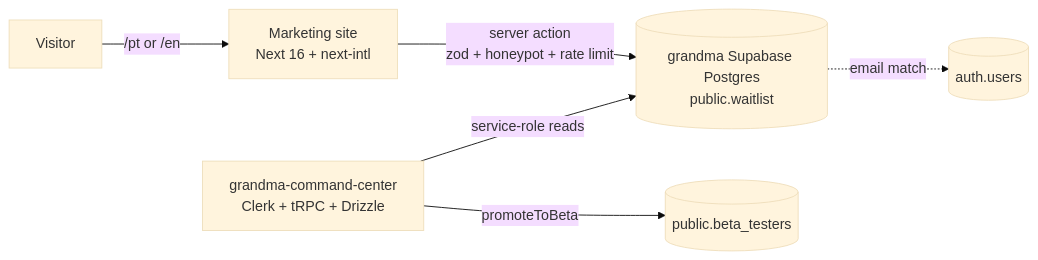
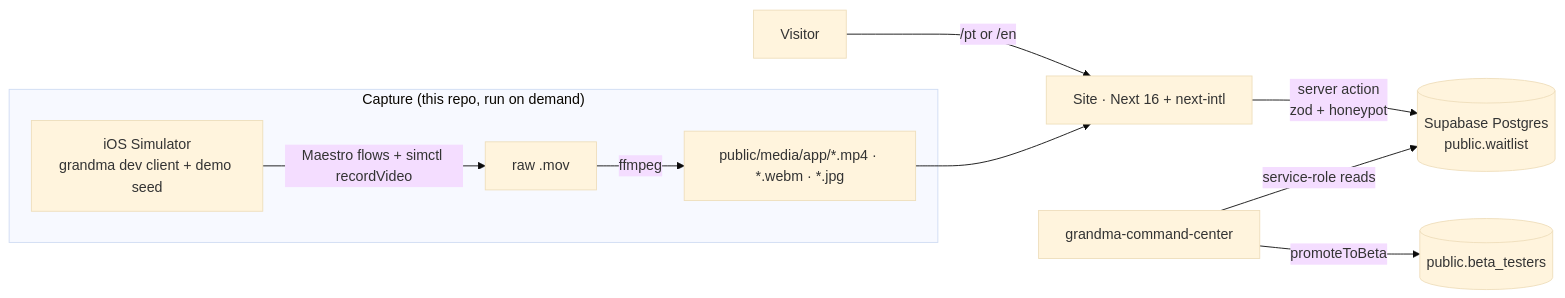
One commit to grandma-coder/grandma-app changed the diagram in docs/superpowers/specs/2026-10-30-site-waitlist-diffuse-i18n-design.md. Above: the diagram before and after it, drawn with Mermaid (base theme). The commit also changed other lines of this file, not shown here.

Commit message:
docs(spec): rev 2 — waitlist-first lean site, BR then US, country field, real app capture, Diffuse v3 serif

````diff
--- a/docs/superpowers/specs/2026-10-30-site-waitlist-diffuse-i18n-design.md
+++ b/docs/superpowers/specs/2026-10-30-site-waitlist-diffuse-i18n-design.md
@@ -52,8 +63,12 @@
 ```mermaid
 flowchart LR
-  V[Visitor] -->|/pt or /en| S[Marketing site<br/>Next 16 + next-intl]
-  S -->|server action<br/>zod + honeypot + rate limit| DB[(grandma Supabase Postgres<br/>public.waitlist)]
-  CC[grandma-command-center<br/>Clerk + tRPC + Drizzle] -->|service-role reads| DB
+  subgraph Capture["Capture (this repo, run on demand)"]
+    SIM[iOS Simulator<br/>grandma dev client + demo seed] -->|Maestro flows + simctl recordVideo| RAW[raw .mov]
+    RAW -->|ffmpeg| MEDIA[public/media/app/*.mp4 · *.webm · *.jpg]
+  end
+  V[Visitor] -->|/pt or /en| S[Site · Next 16 + next-intl]
+  MEDIA --> S
+  S -->|server action<br/>zod + honeypot| DB[(Supabase Postgres<br/>public.waitlist)]
+  CC[grandma-command-center] -->|service-role reads| DB
   CC -->|promoteToBeta| BT[(public.beta_testers)]
-  DB -.->|email match| AU[(auth.users)]
 ```
````
